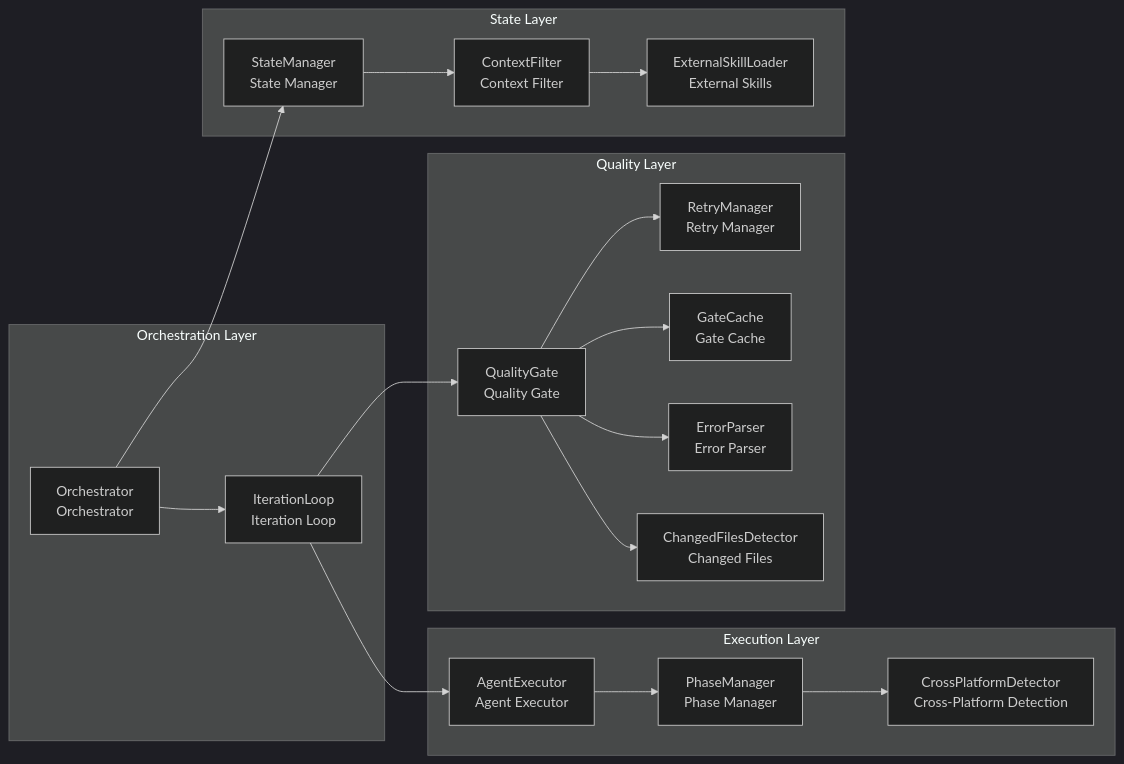
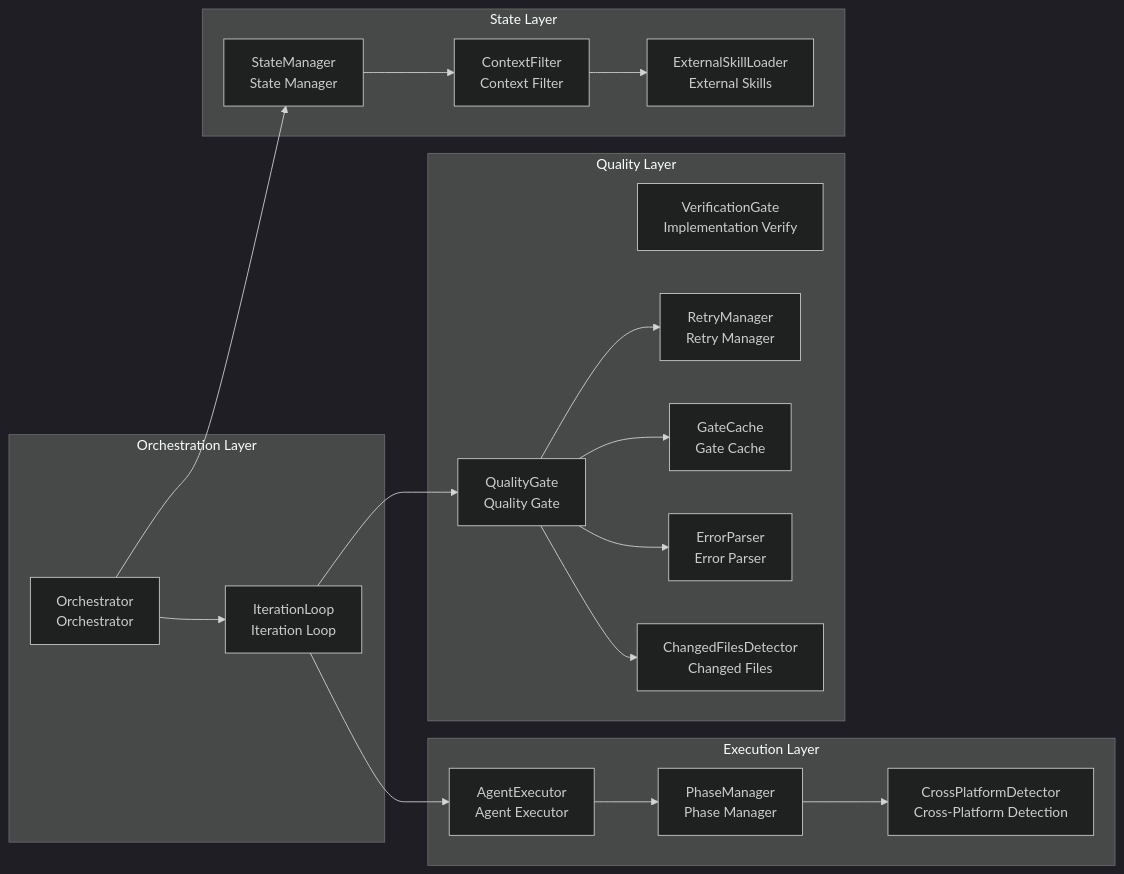
Before and after one commit to Taoidle/plan-cascade: the second of 13 diagrams in docs/System-Architecture.md, drawn with Mermaid (dark theme). The commit also changed other lines of this file and 8 other files, not shown here.

First line of the commit message:
feat(quality-gate): add AI verification gate and PRD skill injection

````diff
--- a/docs/System-Architecture.md
+++ b/docs/System-Architecture.md
@@ -85,40 +85,41 @@
 ```mermaid
 graph LR
     subgraph "Orchestration Layer"
         O[Orchestrator<br/>Orchestrator]
         IL[IterationLoop<br/>Iteration Loop]
     end
 
     subgraph "Execution Layer"
         AE[AgentExecutor<br/>Agent Executor]
         PM[PhaseManager<br/>Phase Manager]
         CPD[CrossPlatformDetector<br/>Cross-Platform Detection]
     end
 
     subgraph "Quality Layer"
         QG[QualityGate<br/>Quality Gate]
+        VG[VerificationGate<br/>Implementation Verify]
         RM[RetryManager<br/>Retry Manager]
         GC[GateCache<br/>Gate Cache]
         EP[ErrorParser<br/>Error Parser]
         CFD[ChangedFilesDetector<br/>Changed Files]
     end
 
     subgraph "State Layer"
         SM[StateManager<br/>State Manager]
         CF[ContextFilter<br/>Context Filter]
         ESL[ExternalSkillLoader<br/>External Skills]
     end
 
     O --> IL
     IL --> AE
     AE --> PM
     PM --> CPD
     IL --> QG
     QG --> RM
     QG --> GC
     QG --> EP
     QG --> CFD
     O --> SM
     SM --> CF
     CF --> ESL
 ```
````
